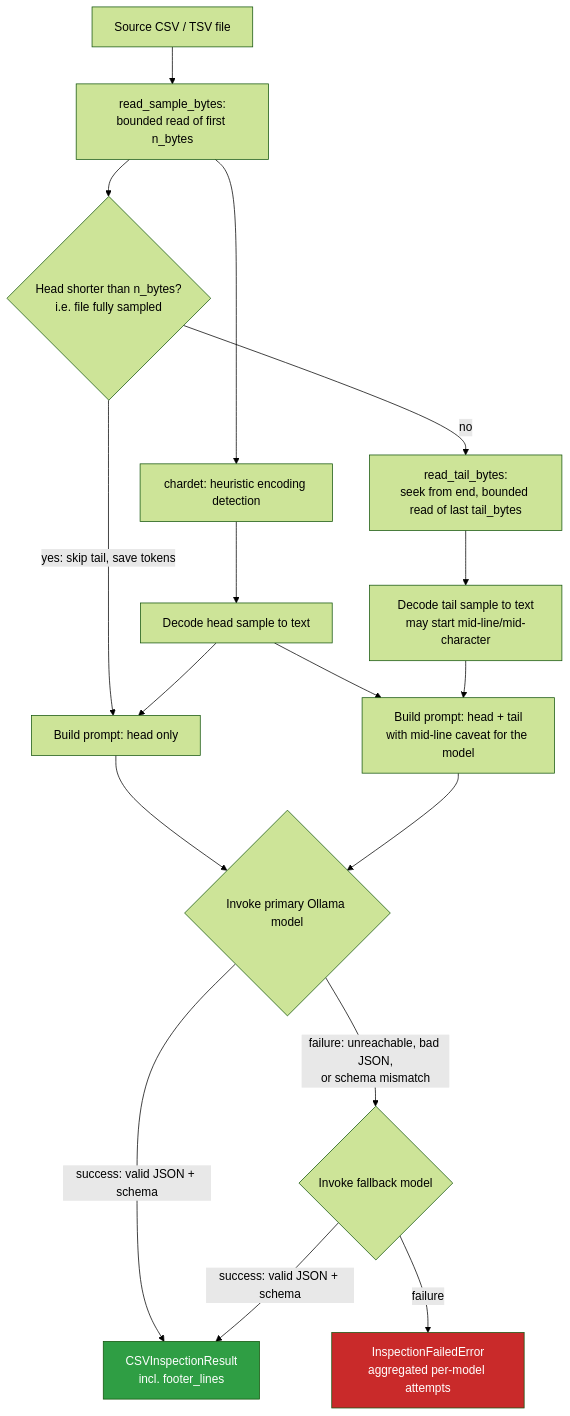
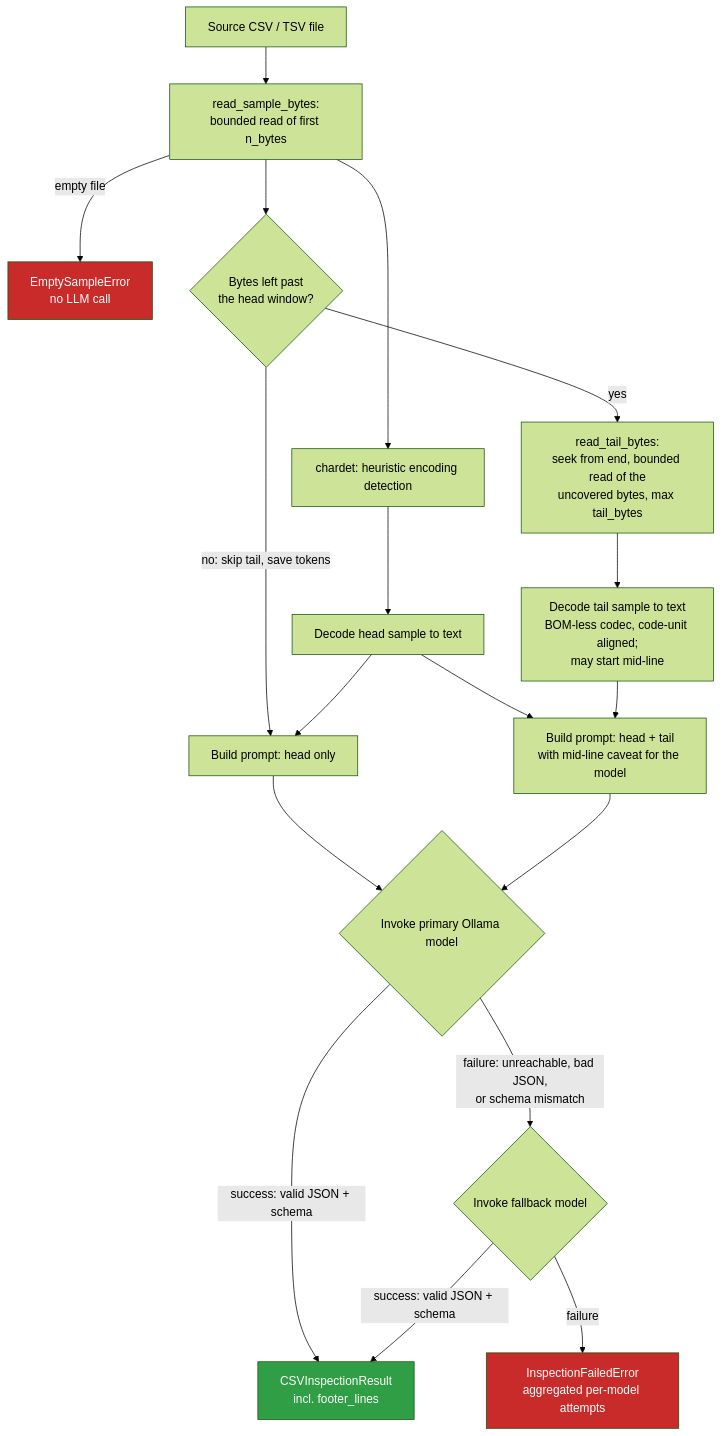
The diagram in README.md (deluispablo/data-agent-toolkit), drawn with Mermaid (forest theme) before and after one commit. The commit also changed other lines of this file, not shown here.

````diff
--- a/README.md
+++ b/README.md
@@ -77,22 +89,24 @@
 ```mermaid
 flowchart TD
     A[Source CSV / TSV file] --> B[read_sample_bytes:<br/>bounded read of first n_bytes]
+    B -->|empty file| X[EmptySampleError<br/>no LLM call]
     B --> C[chardet: heuristic encoding detection]
     C --> D[Decode head sample to text]
-    B --> COND{Head shorter than n_bytes?<br/>i.e. file fully sampled}
-    COND -->|yes: skip tail, save tokens| E1[Build prompt: head only]
-    COND -->|no| T[read_tail_bytes:<br/>seek from end, bounded read of last tail_bytes]
-    T --> T2[Decode tail sample to text<br/>may start mid-line/mid-character]
+    B --> COND{Bytes left past<br/>the head window?}
+    COND -->|no: skip tail, save tokens| E1[Build prompt: head only]
+    COND -->|yes| T[read_tail_bytes:<br/>seek from end, bounded read of the<br/>uncovered bytes, max tail_bytes]
+    T --> T2[Decode tail sample to text<br/>BOM-less codec, code-unit aligned;<br/>may start mid-line]
     D --> E1
     D --> E2[Build prompt: head + tail<br/>with mid-line caveat for the model]
     T2 --> E2
     E1 --> F{Invoke primary Ollama model}
     E2 --> F
     F -->|success: valid JSON + schema| L[CSVInspectionResult<br/>incl. footer_lines]
     F -->|failure: unreachable, bad JSON,<br/>or schema mismatch| G{Invoke fallback model}
     G -->|success: valid JSON + schema| L
     G -->|failure| H[InspectionFailedError<br/>aggregated per-model attempts]
 
     style L fill:#2f9e44,color:#fff
     style H fill:#c92a2a,color:#fff
+    style X fill:#c92a2a,color:#fff
 ```
````
